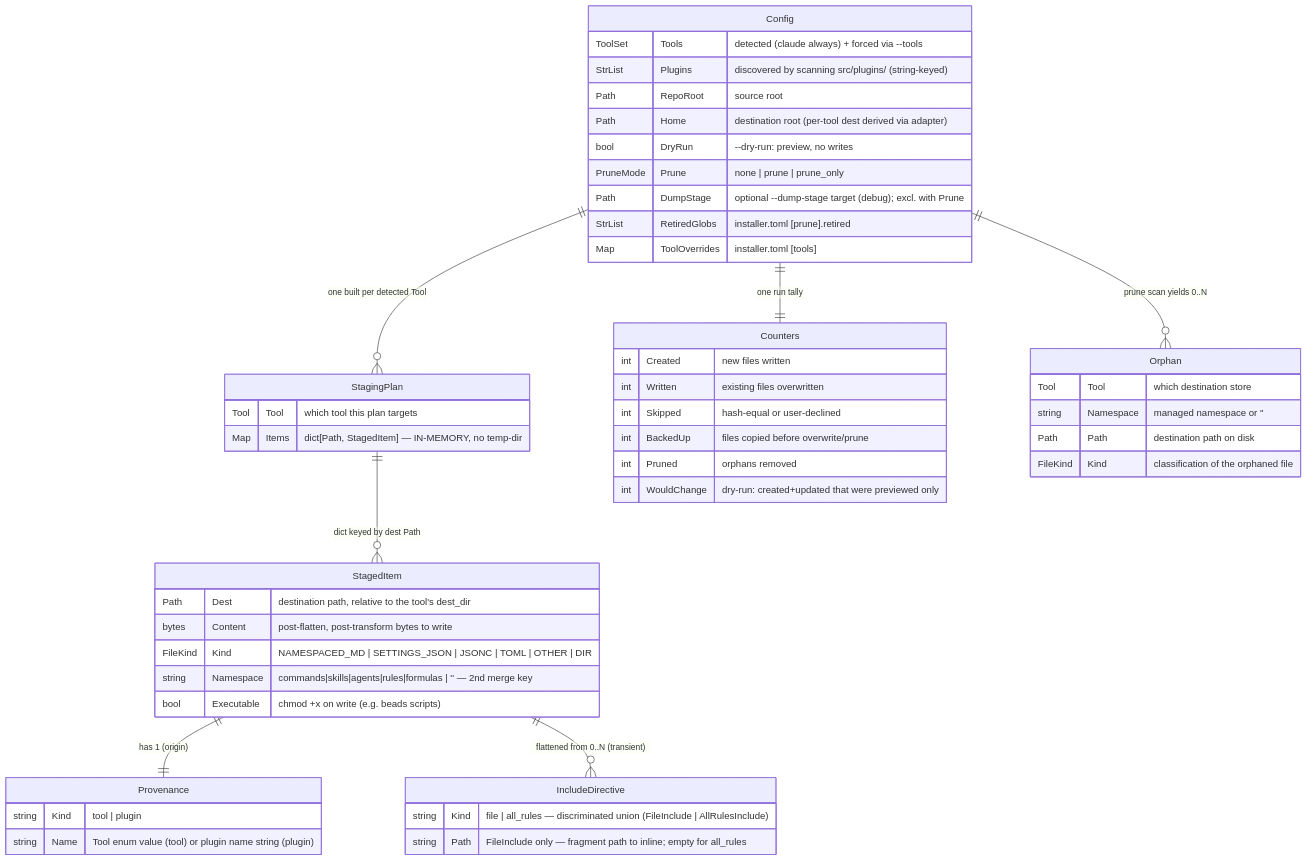
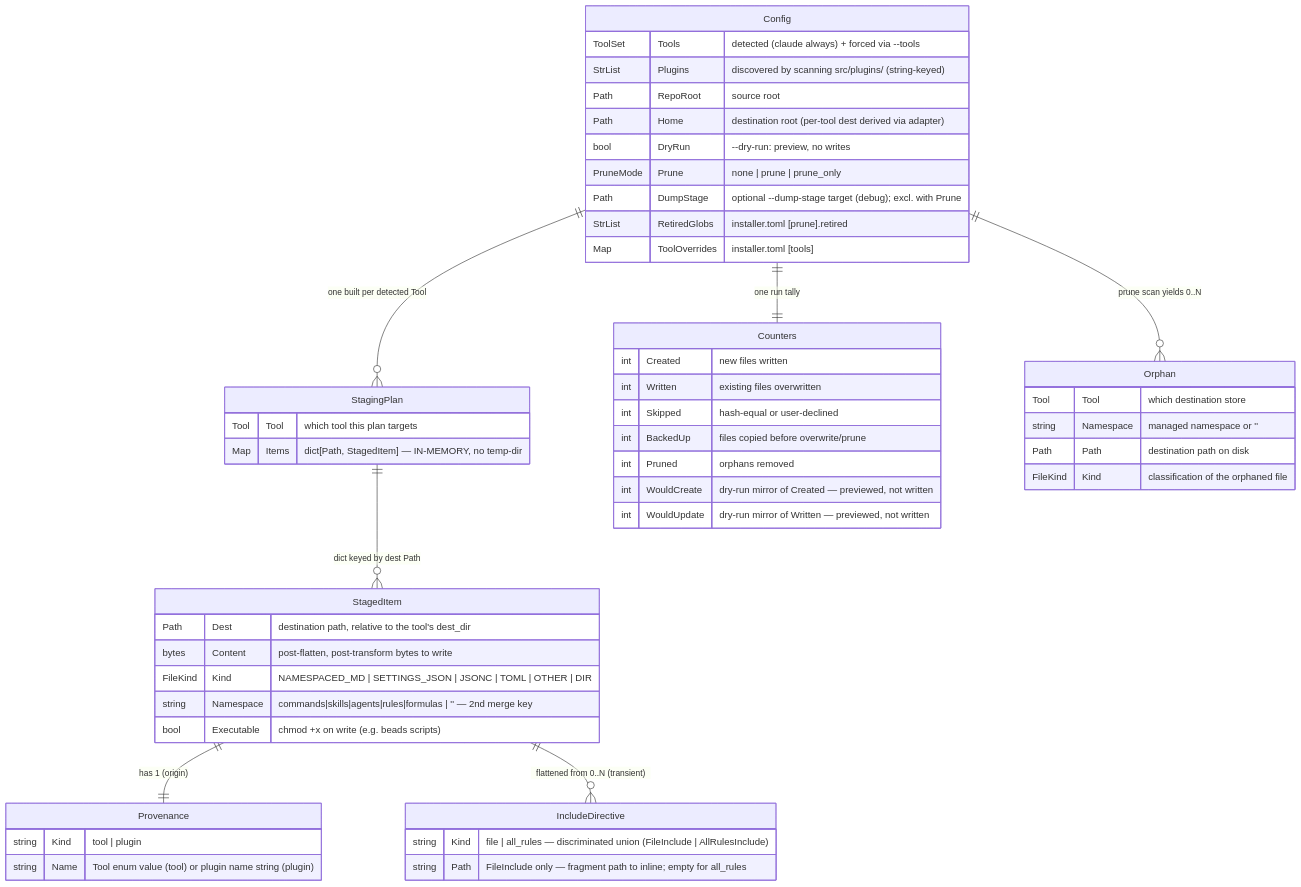
Before and after one commit to scotthamilton77/agents-config: the first of 2 diagrams in docs/architecture/installer/data-view.md, drawn with Mermaid. The commit also changed other lines of this file and 1 other file, not shown here.

Commit message:
docs(installer): fix review findings — drop invented formulas merge row, reconcile Counters
H1: formula files are .toml (FileKind.TOML -> last_wins_warn); the (NAMESPACED_MD, formulas) merge row was invented and not in the spec. formulas remains a backup/prune namespace, not a merge namespace. H2: Counters dry-run split into WouldCreate/WouldUpdate to match the sequence diagrams; aligned sequence counter tokens to the ER's TitleCase.

````diff
--- a/docs/architecture/installer/data-view.md
+++ b/docs/architecture/installer/data-view.md
@@ -34,60 +34,61 @@
 ```mermaid
 erDiagram
     Config      ||--o{ StagingPlan      : "one built per detected Tool"
     StagingPlan ||--o{ StagedItem       : "dict keyed by dest Path"
     StagedItem  ||--|| Provenance       : "has 1 (origin)"
     StagedItem  ||--o{ IncludeDirective : "flattened from 0..N (transient)"
     Config      ||--|| Counters         : "one run tally"
     Config      ||--o{ Orphan           : "prune scan yields 0..N"
 
     Config {
         ToolSet  Tools          "detected (claude always) + forced via --tools"
         StrList  Plugins        "discovered by scanning src/plugins/ (string-keyed)"
         Path     RepoRoot       "source root"
         Path     Home           "destination root (per-tool dest derived via adapter)"
         bool     DryRun         "--dry-run: preview, no writes"
         PruneMode Prune         "none | prune | prune_only"
         Path     DumpStage      "optional --dump-stage target (debug); excl. with Prune"
         StrList  RetiredGlobs   "installer.toml [prune].retired"
         Map      ToolOverrides  "installer.toml [tools]"
     }
 
     StagingPlan {
         Tool Tool                "which tool this plan targets"
         Map  Items               "dict[Path, StagedItem] — IN-MEMORY, no temp-dir"
     }
 
     StagedItem {
         Path     Dest        "destination path, relative to the tool's dest_dir"
         bytes    Content     "post-flatten, post-transform bytes to write"
         FileKind Kind        "NAMESPACED_MD | SETTINGS_JSON | JSONC | TOML | OTHER | DIR"
         string   Namespace   "commands|skills|agents|rules|formulas | '' — 2nd merge key"
         bool     Executable  "chmod +x on write (e.g. beads scripts)"
     }
 
     Provenance {
         string Kind  "tool | plugin"
         string Name  "Tool enum value (tool) or plugin name string (plugin)"
     }
 
     IncludeDirective {
         string Kind  "file | all_rules — discriminated union (FileInclude | AllRulesInclude)"
         string Path  "FileInclude only — fragment path to inline; empty for all_rules"
     }
 
     Orphan {
         Tool     Tool       "which destination store"
         string   Namespace  "managed namespace or ''"
         Path     Path       "destination path on disk"
         FileKind Kind        "classification of the orphaned file"
     }
 
     Counters {
         int Created     "new files written"
         int Written     "existing files overwritten"
         int Skipped     "hash-equal or user-declined"
         int BackedUp    "files copied before overwrite/prune"
         int Pruned      "orphans removed"
-        int WouldChange "dry-run: created+updated that were previewed only"
+        int WouldCreate "dry-run mirror of Created — previewed, not written"
+        int WouldUpdate "dry-run mirror of Written — previewed, not written"
     }
 ```
````
